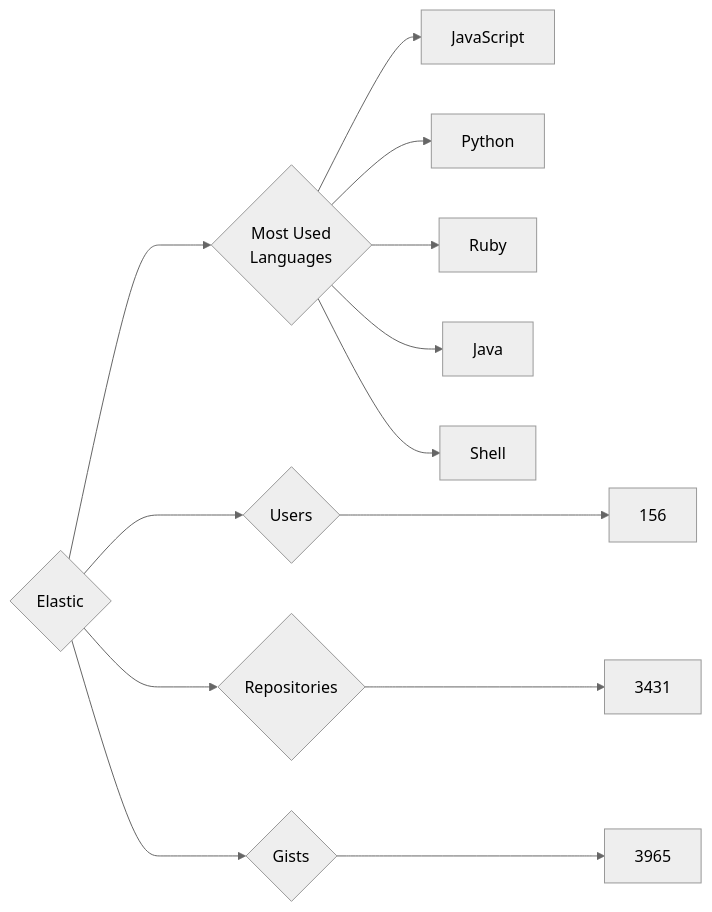
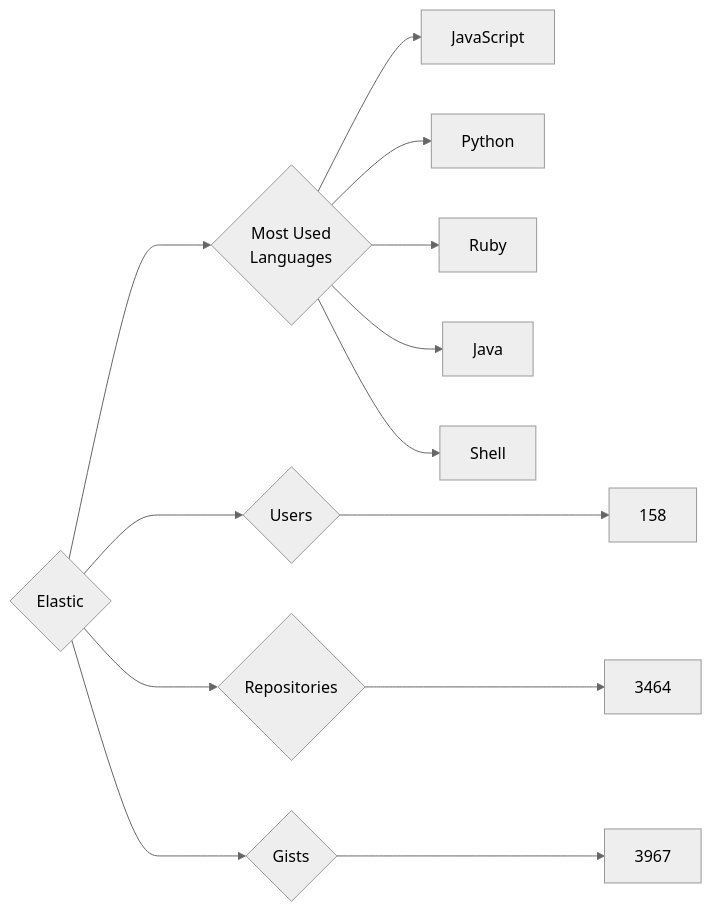
One commit to trickest/insiders changed the diagram in targets/Elastic/README.md. Above: the diagram before and after it, drawn with Mermaid (neutral theme). The commit also changed 440 other files, not shown here.

````diff
--- a/targets/Elastic/README.md
+++ b/targets/Elastic/README.md
@@ -3,13 +3,13 @@
 ```mermaid
 graph LR
 COMPANY_NAME{Elastic}
-COMPANY_NAME ---> U{Users} ---> UN[156]
-COMPANY_NAME ---> R{Repositories} ---> RN[3431]
-COMPANY_NAME ---> G{Gists} ---> GN[3965]
+COMPANY_NAME ---> U{Users} ---> UN[158]
+COMPANY_NAME ---> R{Repositories} ---> RN[3464]
+COMPANY_NAME ---> G{Gists} ---> GN[3967]
 COMPANY_NAME ---> ML{Most Used<br>Languages}
 ML --> JavaScript[JavaScript]
 ML --> Python[Python]
 ML --> Ruby[Ruby]
 ML --> Java[Java]
 ML --> Shell[Shell]
 ```
````
